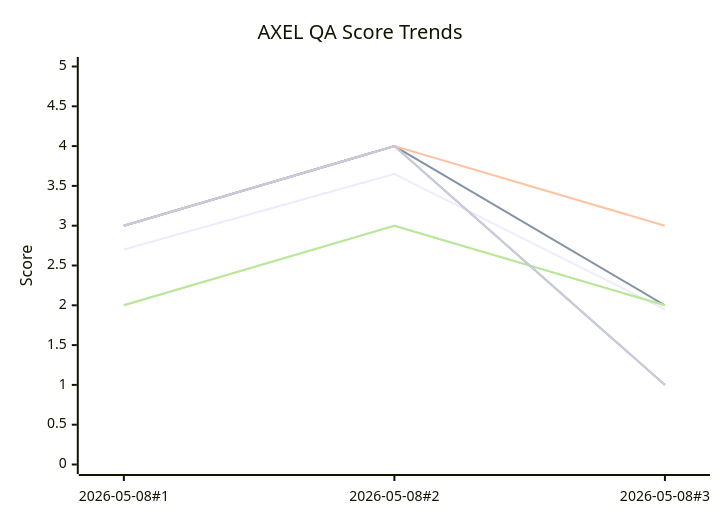
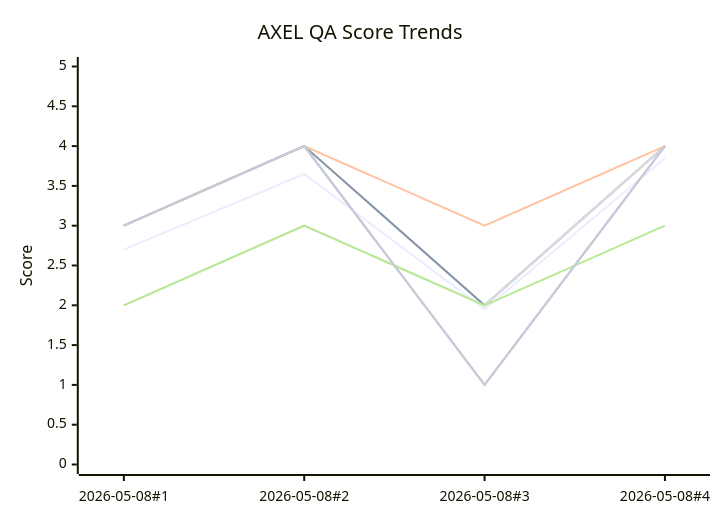
Before and after one commit to Wabbl0/AXEL: the diagram in AXEL/axel_project/plans/AXEL_QA_ANALYTICS.md, drawn with Mermaid. The commit also changed other lines of this file and 30 other files, not shown here.

````diff
--- a/AXEL/axel_project/plans/AXEL_QA_ANALYTICS.md
+++ b/AXEL/axel_project/plans/AXEL_QA_ANALYTICS.md
@@ -33,13 +35,13 @@
 ```mermaid
 xychart-beta
   title "AXEL QA Score Trends"
-  x-axis ["2026-05-08#1", "2026-05-08#2", "2026-05-08#3"]
+  x-axis ["2026-05-08#1", "2026-05-08#2", "2026-05-08#3", "2026-05-08#4"]
   y-axis "Score" 0 --> 5
-  line [2.7, 3.65, 1.95]
-  line [3, 4, 2]
-  line [3, 4, 3]
-  line [2, 3, 2]
-  line [2, 3, 2]
-  line [3, 4, 1]
-  line [3, 4, 1]
+  line [2.7, 3.65, 1.95, 3.85]
+  line [3, 4, 2, 4]
+  line [3, 4, 3, 4]
+  line [2, 3, 2, 4]
+  line [2, 3, 2, 3]
+  line [3, 4, 1, 4]
+  line [3, 4, 1, 4]
 ```
````
